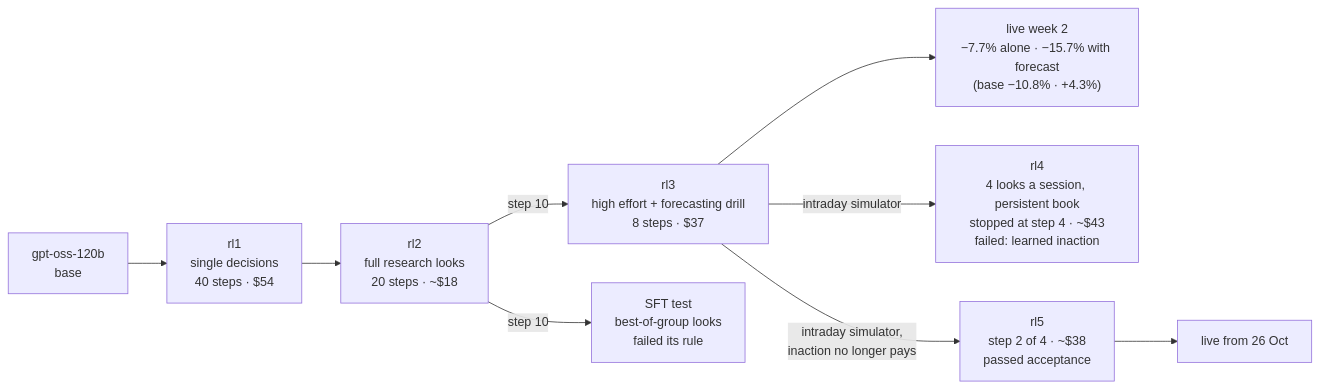
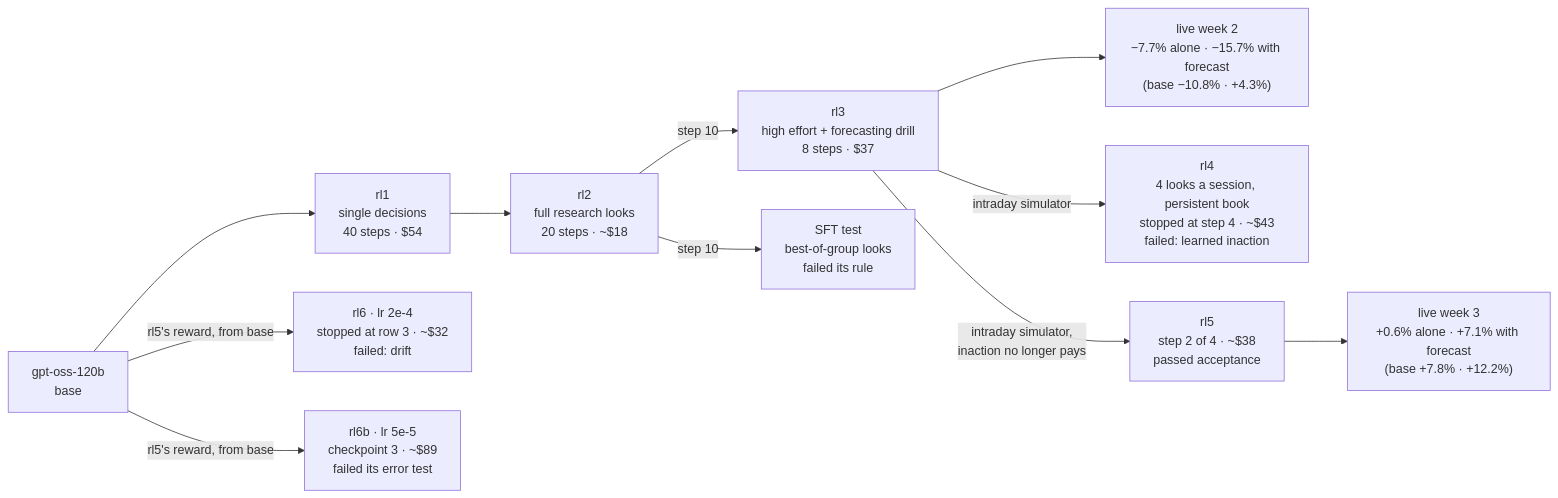
The diagram in README.md (quiezent/gpt-oss-120b-native-trading-research), drawn with Mermaid before and after one commit. The commit also changed other lines of this file and 20 other files, not shown here.

First line of the commit message:
Week 3 report (26-30 Oct): base + forecast +12.20%, base +7.83%, rl5 + forecast +7.09%, opus + forecast +3.37%, rl5 +0.63%, opus -1.68% against SPY -0.49% and the +2.14% goal

````diff
--- a/README.md
+++ b/README.md
@@ -35,11 +31,13 @@
 ```mermaid
 flowchart LR
     B["gpt-oss-120b<br/>base"] --> R1["rl1<br/>single decisions<br/>40 steps · $54"]
     R1 --> R2["rl2<br/>full research looks<br/>20 steps · ~$18"]
     R2 -->|step 10| R3["rl3<br/>high effort + forecasting drill<br/>8 steps · $37"]
     R2 -->|step 10| S["SFT test<br/>best-of-group looks<br/>failed its rule"]
     R3 --> L["live week 2<br/>−7.7% alone · −15.7% with forecast<br/>(base −10.8% · +4.3%)"]
     R3 -->|intraday simulator| R4["rl4<br/>4 looks a session, persistent book<br/>stopped at step 4 · ~$43<br/>failed: learned inaction"]
     R3 -->|intraday simulator,<br/>inaction no longer pays| R5["rl5<br/>step 2 of 4 · ~$38<br/>passed acceptance"]
-    R5 --> L5["live from 26 Oct"]
+    R5 --> L5["live week 3<br/>+0.6% alone · +7.1% with forecast<br/>(base +7.8% · +12.2%)"]
+    B -->|rl5's reward, from base| R6["rl6 · lr 2e-4<br/>stopped at row 3 · ~$32<br/>failed: drift"]
+    B -->|rl5's reward, from base| R6B["rl6b · lr 5e-5<br/>checkpoint 3 · ~$89<br/>failed its error test"]
 ```
````
